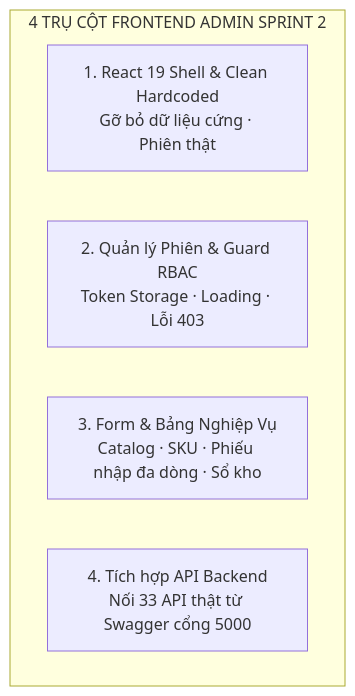
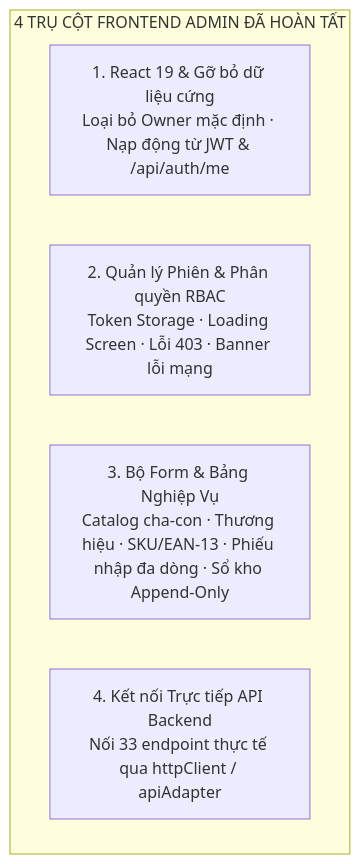
Before and after one commit to khoalvd839764-netizen/OISMS: the diagram in docs/Phúc hữu report/README.md, drawn with Mermaid. The commit also changed other lines of this file and 31 other files, not shown here.

Commit message:
[OISMS-28] feat(frontend-admin): Hoan thien Web Admin React 19, RBAC, Form Danh muc/San pham/Nhap kho WAC, So kho va ket noi API Backend

````diff
--- a/docs/Phúc hữu report/README.md
+++ b/docs/Phúc hữu report/README.md
@@ -37,9 +23,9 @@
 ```mermaid
 flowchart TD
-    subgraph "4 TRỤ CỘT FRONTEND ADMIN SPRINT 2"
-        P1["1. React 19 Shell & Clean Hardcoded<br>Gỡ bỏ dữ liệu cứng · Phiên thật"]
-        P2["2. Quản lý Phiên & Guard RBAC<br>Token Storage · Loading · Lỗi 403"]
-        P3["3. Form & Bảng Nghiệp Vụ<br>Catalog · SKU · Phiếu nhập đa dòng · Sổ kho"]
-        P4["4. Tích hợp API Backend<br>Nối 33 API thật từ Swagger cổng 5000"]
+    subgraph "4 TRỤ CỘT FRONTEND ADMIN ĐÃ HOÀN TẤT"
+        P1["1. React 19 & Gỡ bỏ dữ liệu cứng<br>Loại bỏ Owner mặc định · Nạp động từ JWT & /api/auth/me"]
+        P2["2. Quản lý Phiên & Phân quyền RBAC<br>Token Storage · Loading Screen · Lỗi 403 · Banner lỗi mạng"]
+        P3["3. Bộ Form & Bảng Nghiệp Vụ<br>Catalog cha-con · Thương hiệu · SKU/EAN-13 · Phiếu nhập đa dòng · Sổ kho Append-Only"]
+        P4["4. Kết nối Trực tiếp API Backend<br>Nối 33 endpoint thực tế qua httpClient / apiAdapter"]
     end
 ```
````
